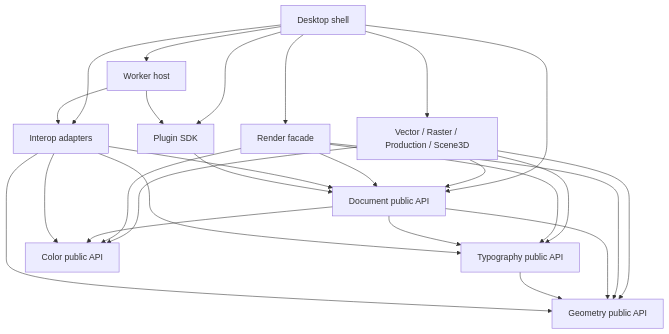
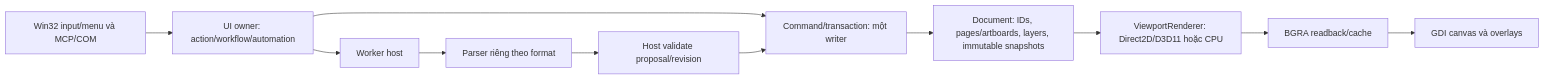
One commit to nhinoke11-collab/Pikdraw changed the diagram in docs/architecture/architecture.md. Above: the diagram before and after it, drawn with Mermaid. The commit also changed other lines of this file and 599 other files, not shown here.

Commit message:
feat: integrate vector, raster, dimension, and ui upgrades across core modules and desktop shell

````diff
--- a/docs/architecture/architecture.md
+++ b/docs/architecture/architecture.md
@@ -29,28 +8,13 @@
-```mermaid
-flowchart TD
-  UI[Desktop shell] --> M[Vector / Raster / Production / Scene3D]
-  UI --> R[Render facade]
-  UI --> H[Worker host]
-  UI --> K[Plugin SDK]
-  UI --> I[Interop adapters]
-  UI --> D[Document public API]
-  M --> D[Document public API]
-  M --> G[Geometry public API]
-  M --> T[Typography public API]
-  M --> C[Color public API]
-  R --> D
-  R --> G
-  R --> T
-  R --> C
-  D --> G
-  D --> T
-  D --> C
-  T --> G
-  I --> D
-  I --> G
-  I --> T
-  I --> C
-  K --> D
-  H --> I
-  H --> K
-```
+~~~mermaid
+flowchart LR
+  UI[Win32 input/menu và MCP/COM] --> Q[UI owner: action/workflow/automation]
+  Q --> W[Command/transaction: một writer]
+  W --> D[Document: IDs, pages/artboards, layers, immutable snapshots]
+  D --> R[ViewportRenderer: Direct2D/D3D11 hoặc CPU]
+  R --> B[BGRA readback/cache]
+  B --> G[GDI canvas và overlays]
+  Q --> H[Worker host]
+  H --> P[Parser riêng theo format]
+  P --> V[Host validate proposal/revision]
+  V --> W
+~~~
````
